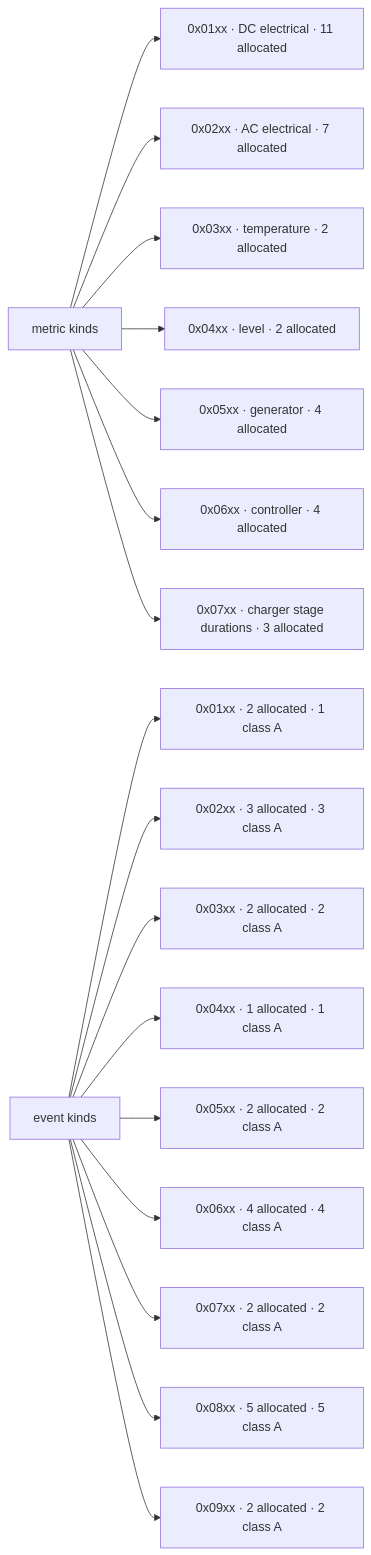
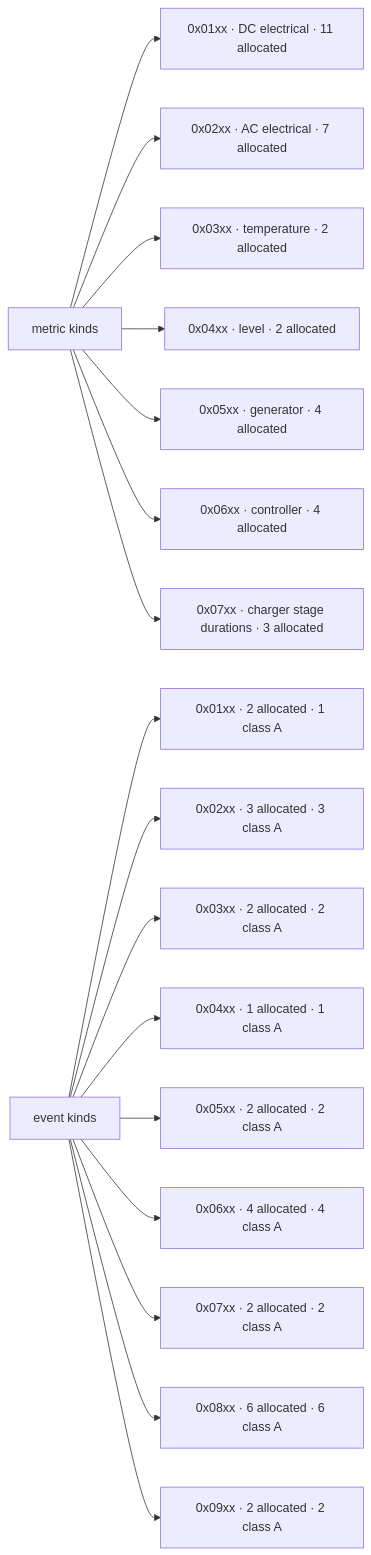
Before and after one commit to origin89hq/km43: the second of 2 diagrams in docs/protocol/MAP.md, drawn with Mermaid. The commit also changed other lines of this file and 22 other files, not shown here.

````diff
--- a/docs/protocol/MAP.md
+++ b/docs/protocol/MAP.md
@@ -126,21 +131,21 @@
 ```mermaid
 flowchart LR
   metrics["metric kinds"]
   events["event kinds"]
   metrics --> m1["0x01xx · DC electrical · 11 allocated"]
   metrics --> m2["0x02xx · AC electrical · 7 allocated"]
   metrics --> m3["0x03xx · temperature · 2 allocated"]
   metrics --> m4["0x04xx · level · 2 allocated"]
   metrics --> m5["0x05xx · generator · 4 allocated"]
   metrics --> m6["0x06xx · controller · 4 allocated"]
   metrics --> m7["0x07xx · charger stage durations · 3 allocated"]
   events --> e1["0x01xx · 2 allocated · 1 class A"]
   events --> e2["0x02xx · 3 allocated · 3 class A"]
   events --> e3["0x03xx · 2 allocated · 2 class A"]
   events --> e4["0x04xx · 1 allocated · 1 class A"]
   events --> e5["0x05xx · 2 allocated · 2 class A"]
   events --> e6["0x06xx · 4 allocated · 4 class A"]
   events --> e7["0x07xx · 2 allocated · 2 class A"]
-  events --> e8["0x08xx · 5 allocated · 5 class A"]
+  events --> e8["0x08xx · 6 allocated · 6 class A"]
   events --> e9["0x09xx · 2 allocated · 2 class A"]
 ```
````
